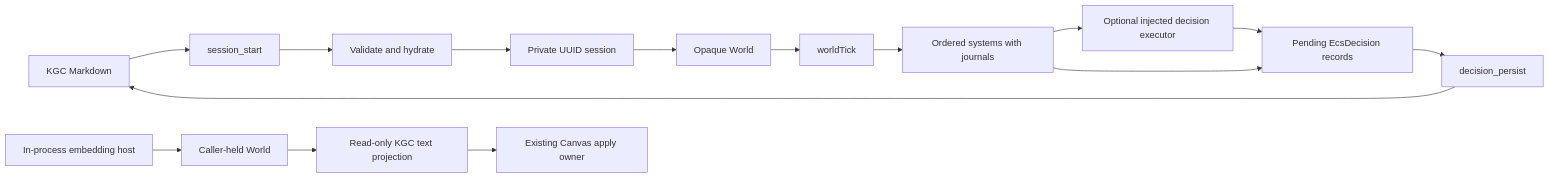
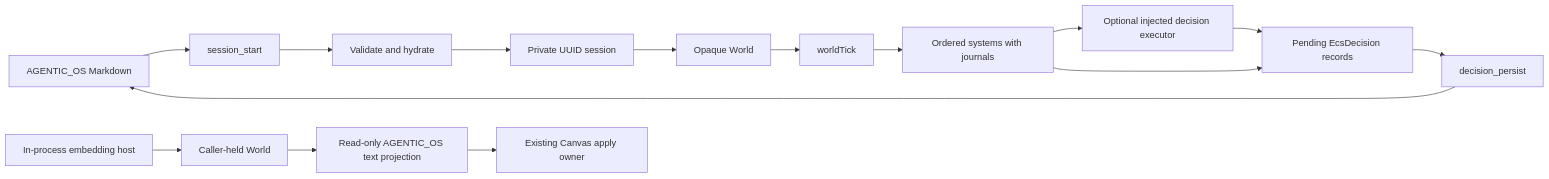
The diagram in docs/documents/agentic-graph-agentic-entity-component-system-prd-tad.md (huijoohwee/agentic-graph), drawn with Mermaid before and after one commit. The commit also changed other lines of this file and 599 other files, not shown here.

````diff
--- a/docs/documents/agentic-graph-agentic-entity-component-system-prd-tad.md
+++ b/docs/documents/agentic-graph-agentic-entity-component-system-prd-tad.md
@@ -144,17 +144,17 @@
 ```mermaid
 flowchart LR
-  DOC["KGC Markdown"] --> START["session_start"]
+  DOC["AGENTIC_OS Markdown"] --> START["session_start"]
   START --> HYD["Validate and hydrate"]
   HYD --> SESSION["Private UUID session"]
   SESSION --> WORLD["Opaque World"]
   WORLD --> TICK["worldTick"]
   TICK --> SYS["Ordered systems with journals"]
   SYS --> EXEC["Optional injected decision executor"]
   SYS --> PENDING
   EXEC --> PENDING["Pending EcsDecision records"]
   HOST["In-process embedding host"] --> HOSTWORLD["Caller-held World"]
-  HOSTWORLD --> VIEW["Read-only KGC text projection"]
+  HOSTWORLD --> VIEW["Read-only AGENTIC_OS text projection"]
   VIEW --> CANVAS["Existing Canvas apply owner"]
   PENDING --> SAVE["decision_persist"]
   SAVE --> DOC
 ```
````
